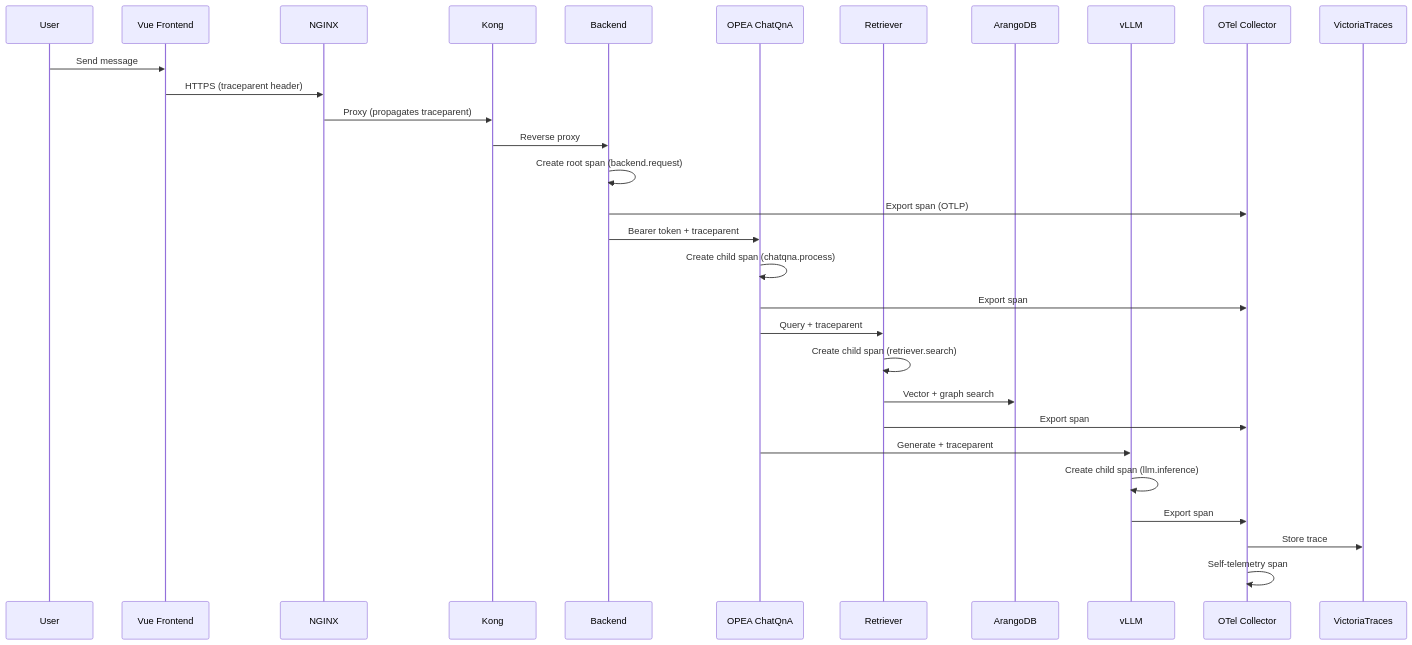
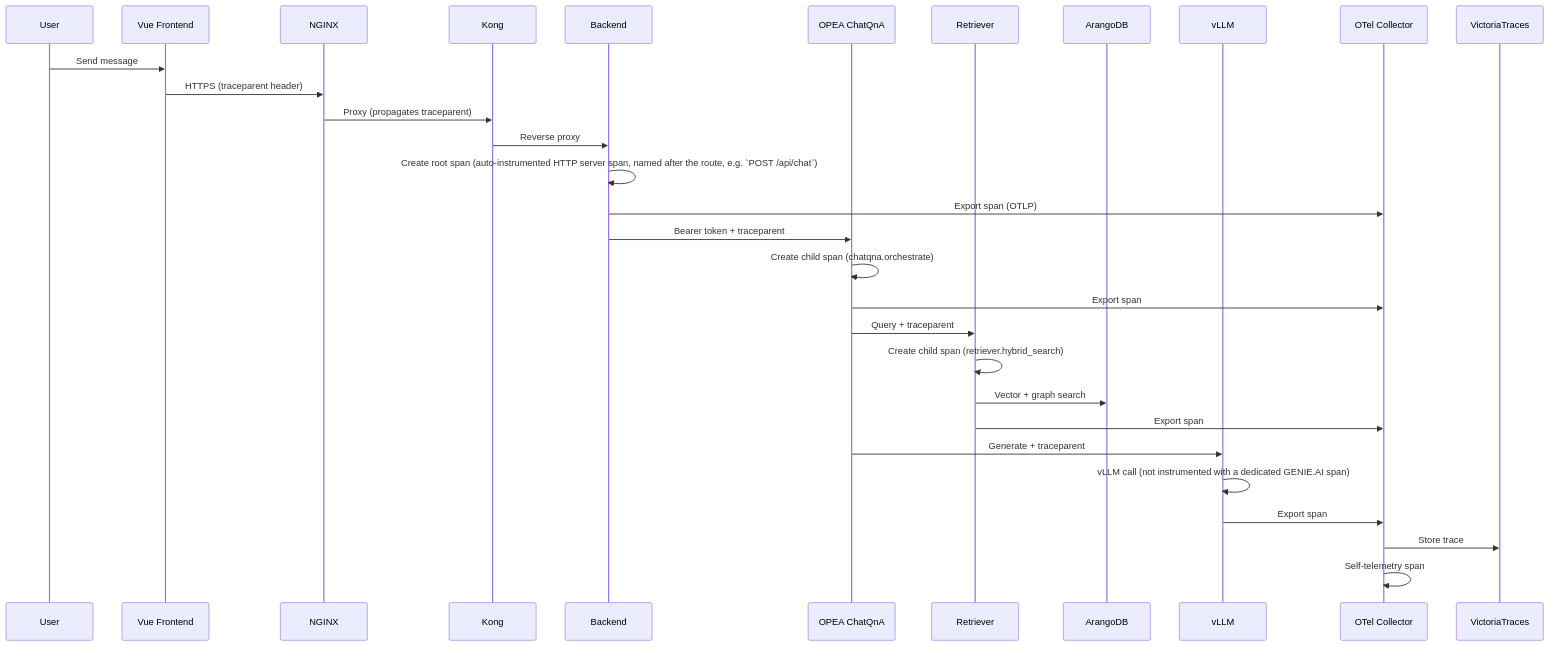
Before and after one commit to jrevillard/genie-ai-replica: the fifth of 16 diagrams in site/content/en/docs/architecture/architecture.md, drawn with Mermaid. The commit also changed other lines of this file and 137 other files, not shown here.

````diff
--- a/site/content/en/docs/architecture/architecture.md
+++ b/site/content/en/docs/architecture/architecture.md
@@ -257,38 +312,38 @@
 ```mermaid
 sequenceDiagram
     participant User
     participant FE as Vue Frontend
     participant N as NGINX
     participant K as Kong
     participant BE as Backend
     participant ChatQnA as OPEA ChatQnA
     participant Ret as Retriever
     participant ADB as ArangoDB
     participant LLM as vLLM
     participant Collector as OTel Collector
-    participant VM as VictoriaTraces
+    participant VT as VictoriaTraces
 
     User->>FE: Send message
     FE->>N: HTTPS (traceparent header)
     N->>K: Proxy (propagates traceparent)
     K->>BE: Reverse proxy
-    
-    BE->>BE: Create root span (backend.request)
+
+    BE->>BE: Create root span (auto-instrumented HTTP server span, named after the route, e.g. `POST /api/chat`)
     BE->>Collector: Export span (OTLP)
-    
+
     BE->>ChatQnA: Bearer token + traceparent
-    ChatQnA->>ChatQnA: Create child span (chatqna.process)
+    ChatQnA->>ChatQnA: Create child span (chatqna.orchestrate)
     ChatQnA->>Collector: Export span
-    
+
     ChatQnA->>Ret: Query + traceparent
-    Ret->>Ret: Create child span (retriever.search)
+    Ret->>Ret: Create child span (retriever.hybrid_search)
     Ret->>ADB: Vector + graph search
     Ret->>Collector: Export span
-    
+
     ChatQnA->>LLM: Generate + traceparent
-    LLM->>LLM: Create child span (llm.inference)
+    LLM->>LLM: vLLM call (not instrumented with a dedicated GENIE.AI span)
     LLM->>Collector: Export span
-    
-    Collector->>VM: Store trace
+
+    Collector->>VT: Store trace
     Collector->>Collector: Self-telemetry span
 ```
````
